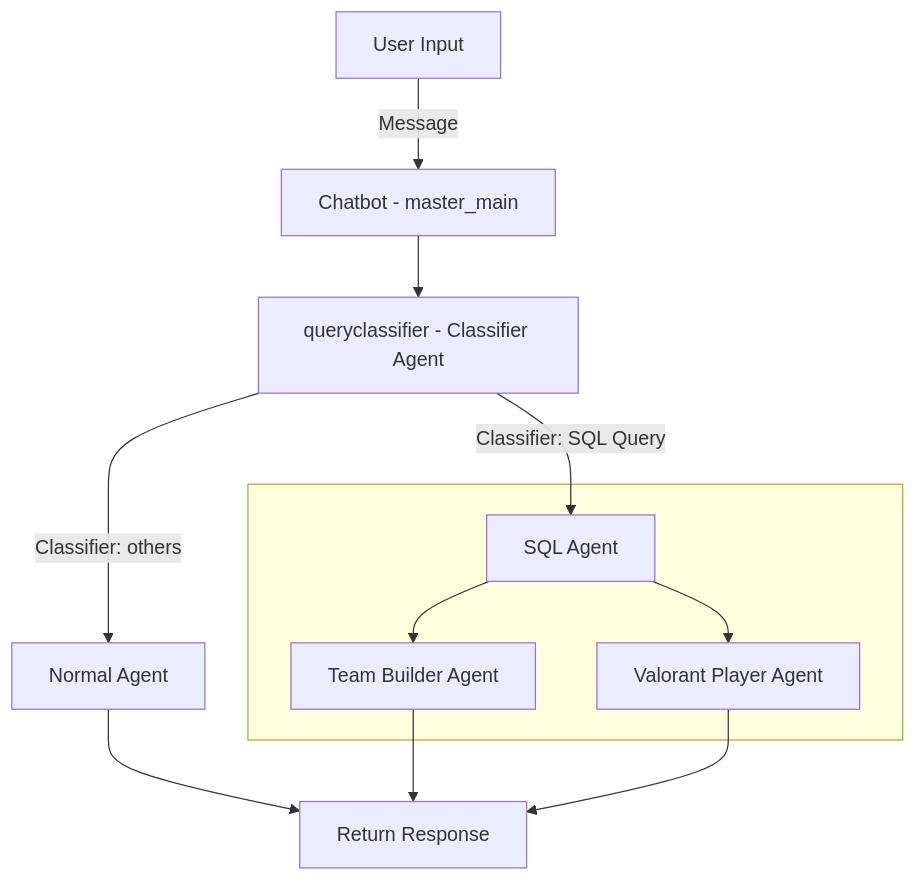
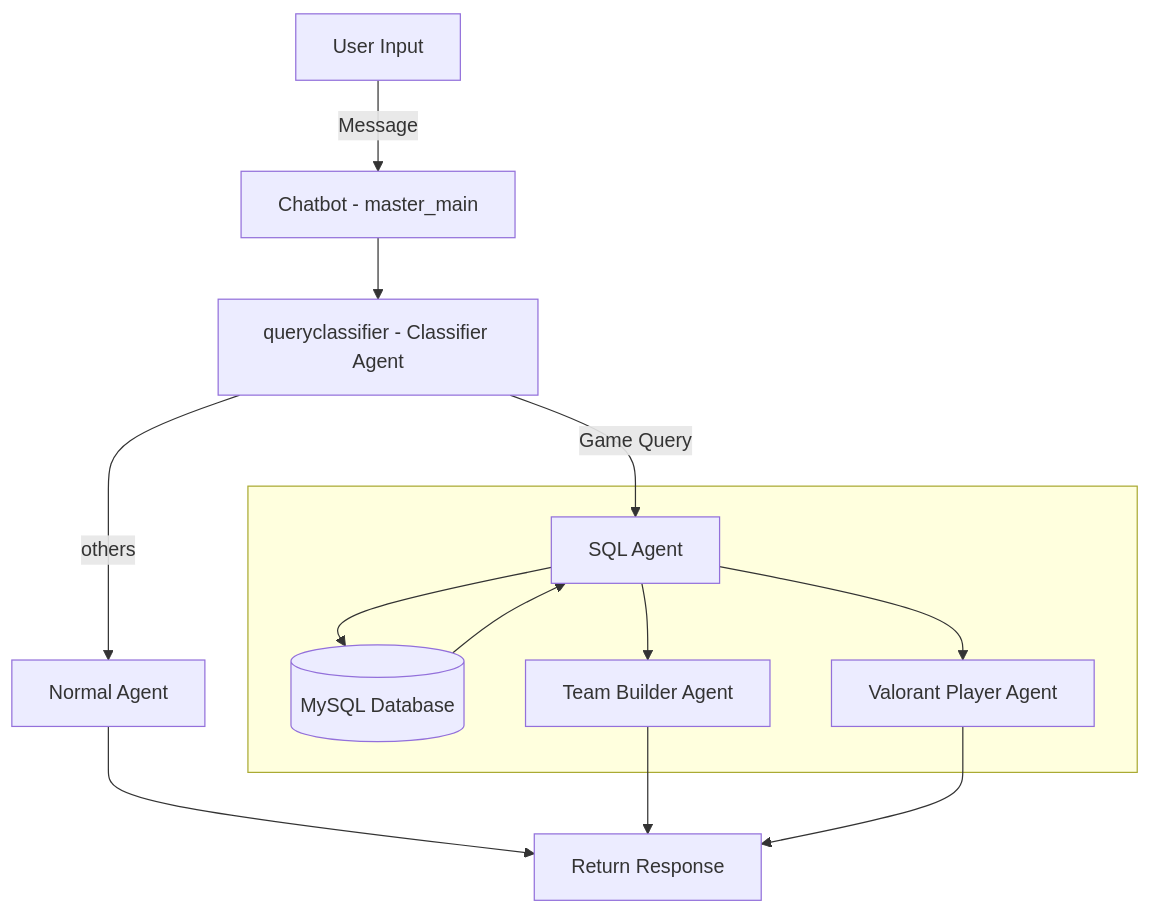
The diagram in README.md (Kleinpenny/VCTEVA), drawn with Mermaid before and after one commit. The commit also changed other lines of this file and 9 other files, not shown here.

````diff
--- a/README.md
+++ b/README.md
@@ -156,20 +165,22 @@
 ```mermaid
 flowchart TD
     A[User Input] -->|Message| B[Chatbot - master_main]
     B --> C[queryclassifier - Classifier Agent]
-    C -->|Classifier: others| D[Normal Agent]
-    C -->|Classifier: SQL Query| E[SQL Agent]
+    C -->|others| D[Normal Agent]
+    C -->|Game Query| E[SQL Agent]
     
     subgraph " "
+        DB[(MySQL Database)]
         E[SQL Agent]
         F[Team Builder Agent]
         G[Valorant Player Agent]
     end
 
     E --> G
     E --> F
+    E --> DB
+    DB --> E
     D --> H[Return Response]
     F --> H
     G --> H
-
 ```
````
